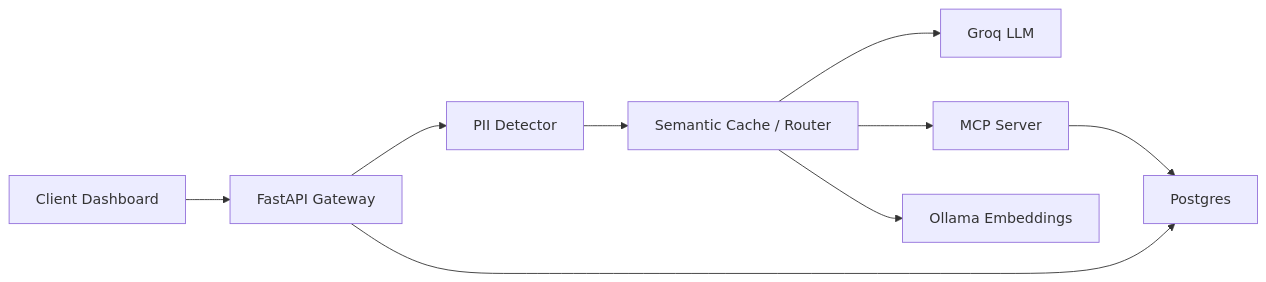
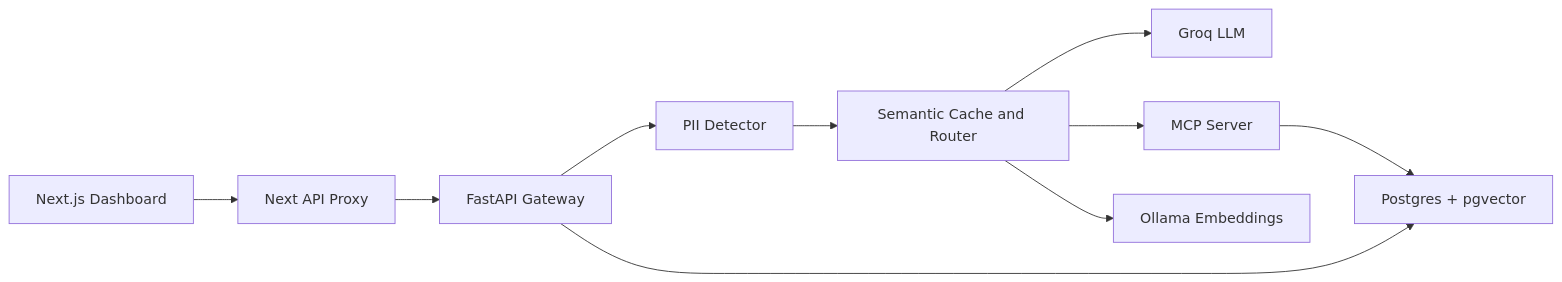
The diagram in README.md (Ph0enix19/TokenLedger), drawn with Mermaid before and after one commit. The commit also changed other lines of this file and 86 other files, not shown here.

````diff
--- a/README.md
+++ b/README.md
@@ -23,11 +54,12 @@
 ```mermaid
 flowchart LR
-  A[Client Dashboard] --> B[FastAPI Gateway]
-  B --> C[PII Detector]
-  C --> D[Semantic Cache / Router]
-  D --> E[Groq LLM]
-  D --> F[MCP Server]
-  F --> G[Postgres]
-  D --> H[Ollama Embeddings]
-  B --> G
+  A[Next.js Dashboard] --> B[Next API Proxy]
+  B --> C[FastAPI Gateway]
+  C --> D[PII Detector]
+  D --> E[Semantic Cache and Router]
+  E --> F[Groq LLM]
+  E --> G[MCP Server]
+  G --> H[Postgres + pgvector]
+  E --> I[Ollama Embeddings]
+  C --> H
 ```
````
